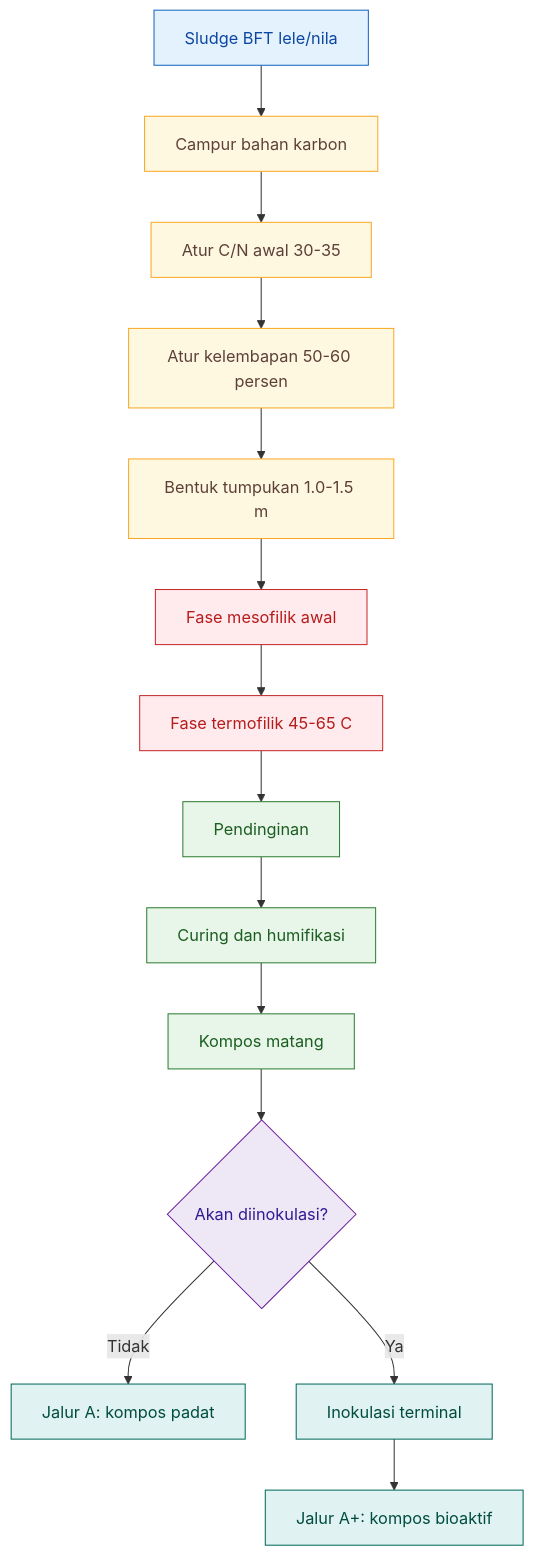
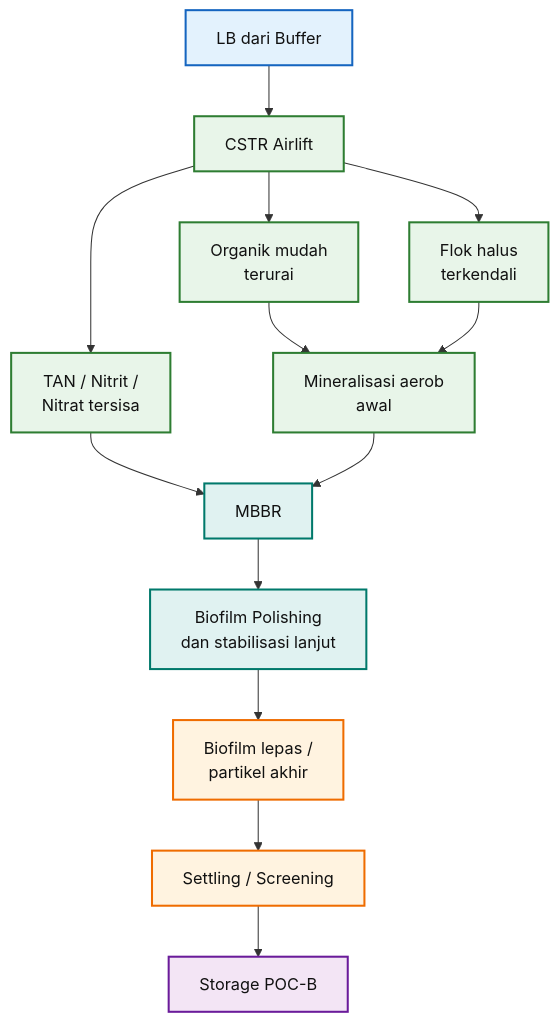
The eighth of 28 diagrams in content/blog/agri/perikanan/sludge-bioflok-biofertilizer.mdx (slametsampon/kawruhnology), drawn with Mermaid before and after one commit. The commit also changed other lines of this file and 9 other files, not shown here.

````diff
--- a/content/blog/agri/perikanan/sludge-bioflok-biofertilizer.mdx
+++ b/content/blog/agri/perikanan/sludge-bioflok-biofertilizer.mdx
@@ -1481,30 +3642,30 @@
-```mermaid id="jalur-a-kompos-bft"
+```mermaid
 flowchart TD
-    A[Sludge BFT lele/nila] --> B[Campur bahan karbon]
-    B --> C[Atur C/N awal 30-35]
-    C --> D[Atur kelembapan 50-60 persen]
-    D --> E[Bentuk tumpukan 1.0-1.5 m]
-    E --> F[Fase mesofilik awal]
-    F --> G[Fase termofilik 45-65 C]
-    G --> H[Pendinginan]
-    H --> I[Curing dan humifikasi]
-    I --> J[Kompos matang]
-    J --> K{Akan diinokulasi?}
-    K -->|Tidak| L[Jalur A: kompos padat]
-    K -->|Ya| M[Inokulasi terminal]
-    M --> N[Jalur A+: kompos bioaktif]
+    A["LB dari Buffer"] --> B["CSTR Airlift"]
 
-    classDef input fill:#E3F2FD,stroke:#1565C0,color:#0D47A1;
-    classDef mix fill:#FFF8E1,stroke:#F9A825,color:#5D4037;
-    classDef hot fill:#FFEBEE,stroke:#C62828,color:#B71C1C;
-    classDef cure fill:#E8F5E9,stroke:#2E7D32,color:#1B5E20;
-    classDef decision fill:#EDE7F6,stroke:#6A1B9A,color:#311B92;
-    classDef output fill:#E0F2F1,stroke:#00695C,color:#004D40;
+    B --> C["Organik mudah<br/>terurai"]
+    B --> D["Flok halus<br/>terkendali"]
+    B --> E["TAN / Nitrit /<br/>Nitrat tersisa"]
 
-    class A input;
-    class B,C,D,E mix;
-    class F,G hot;
-    class H,I,J cure;
-    class K decision;
-    class L,M,N output;
+    C --> F["Mineralisasi aerob<br/>awal"]
+    D --> F
+    E --> G["MBBR"]
+
+    F --> G
+    G --> H["Biofilm Polishing<br/>dan stabilisasi lanjut"]
+    H --> I["Biofilm lepas /<br/>partikel akhir"]
+    I --> J["Settling / Screening"]
+    J --> K["Storage POC-B"]
+
+    classDef feed fill:#E3F2FD,stroke:#1565C0,color:#111,stroke-width:2px;
+    classDef cstr fill:#E8F5E9,stroke:#2E7D32,color:#111,stroke-width:2px;
+    classDef mbbr fill:#E0F2F1,stroke:#00796B,color:#111,stroke-width:2px;
+    classDef polish fill:#FFF3E0,stroke:#EF6C00,color:#111,stroke-width:2px;
+    classDef product fill:#F3E5F5,stroke:#6A1B9A,color:#111,stroke-width:2px;
+
+    class A feed;
+    class B,C,D,E,F cstr;
+    class G,H mbbr;
+    class I,J polish;
+    class K product;
 ```
````
